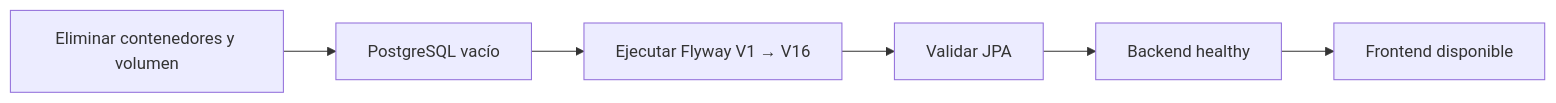
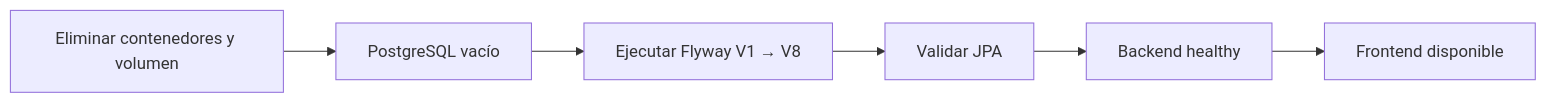
The fifth of 6 diagrams in README.md (CristhianLagunaM/launchforge), drawn with Mermaid before and after one commit. The commit also changed other lines of this file and 4 other files, not shown here.

````diff
--- a/README.md
+++ b/README.md
@@ -281,8 +281,8 @@
 ```mermaid
 flowchart LR
     A[Eliminar contenedores y volumen] --> B[PostgreSQL vacío]
-    B --> C[Ejecutar Flyway V1 → V16]
+    B --> C[Ejecutar Flyway V1 → V8]
     C --> D[Validar JPA]
     D --> E[Backend healthy]
     E --> F[Frontend disponible]
 ```
````
